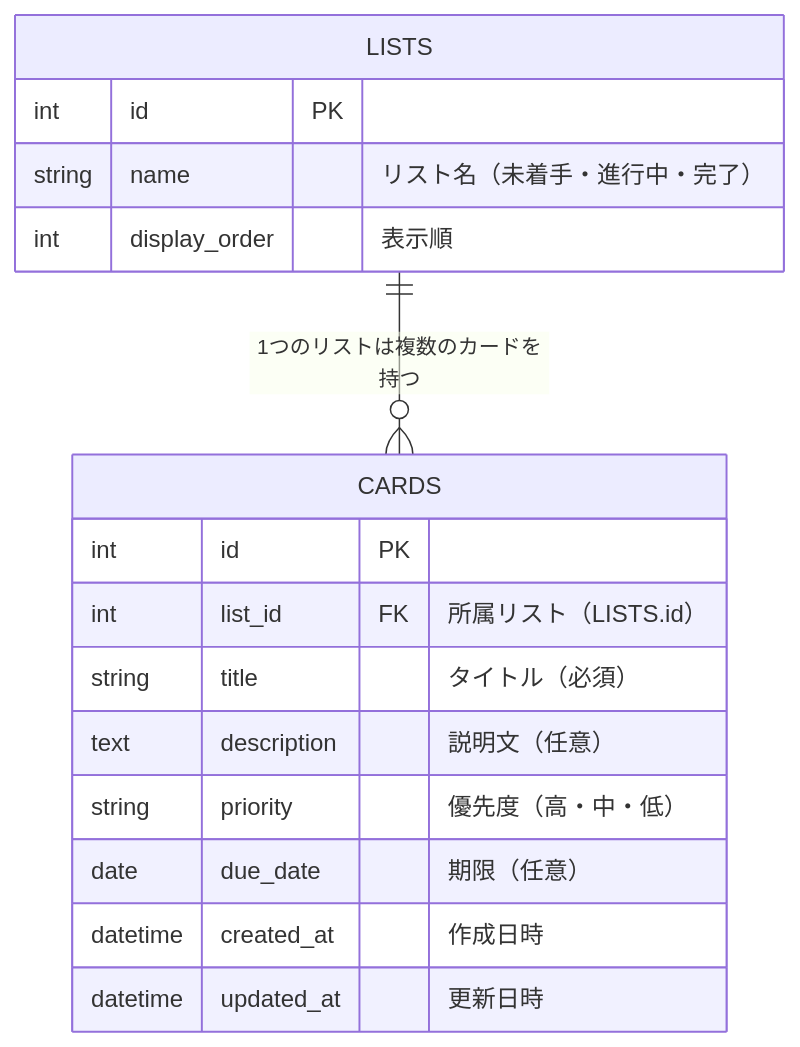
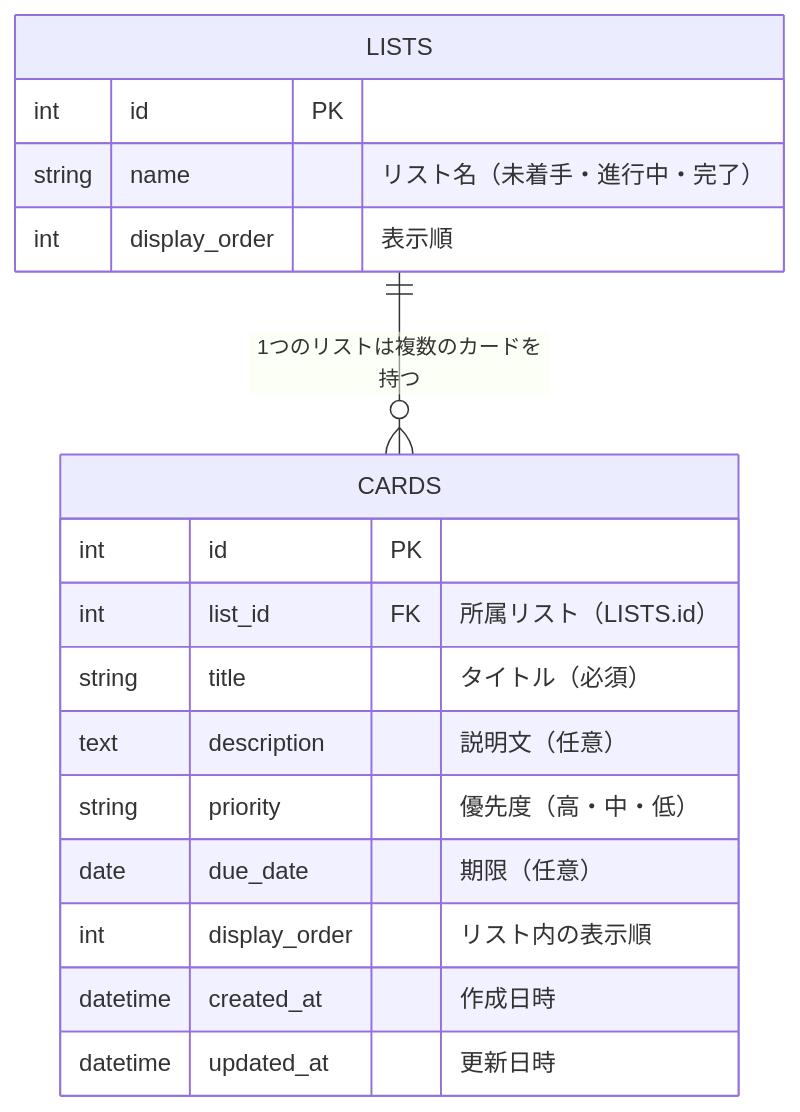
The diagram in docs/データベース設計.md (329nh329-ops/myproject), drawn with Mermaid before and after one commit. The commit also changed other lines of this file and 7 other files, not shown here.

````diff
--- a/docs/データベース設計.md
+++ b/docs/データベース設計.md
@@ -9,21 +9,22 @@
 ```mermaid
 erDiagram
     LISTS ||--o{ CARDS : "1つのリストは複数のカードを持つ"
 
     LISTS {
         int id PK
         string name "リスト名（未着手・進行中・完了）"
         int display_order "表示順"
     }
 
     CARDS {
         int id PK
         int list_id FK "所属リスト（LISTS.id）"
         string title "タイトル（必須）"
         text description "説明文（任意）"
         string priority "優先度（高・中・低）"
         date due_date "期限（任意）"
+        int display_order "リスト内の表示順"
         datetime created_at "作成日時"
         datetime updated_at "更新日時"
     }
 ```
````
